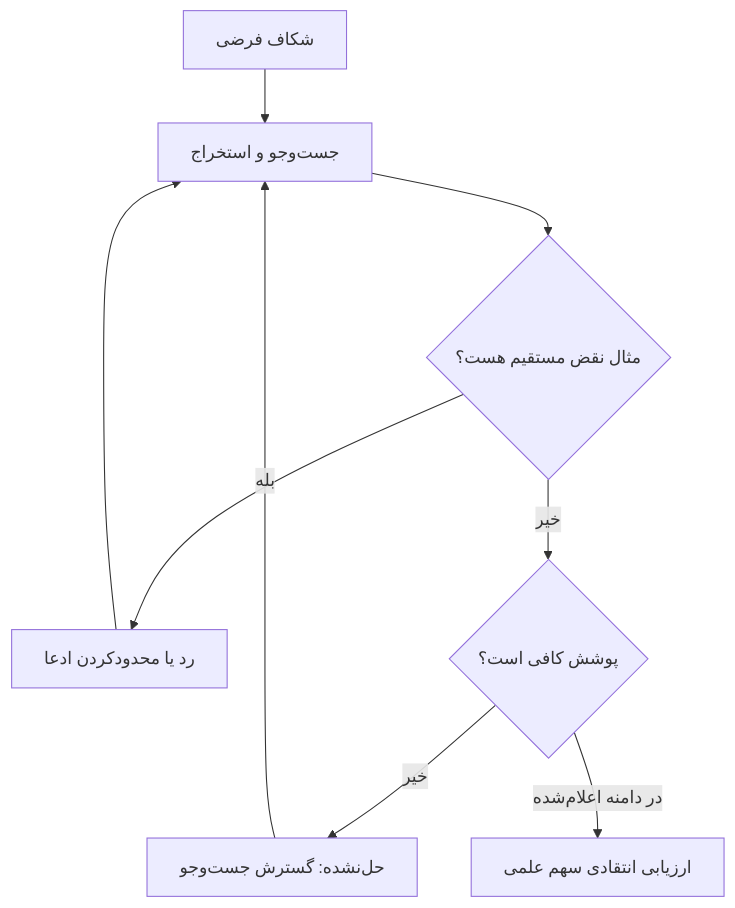
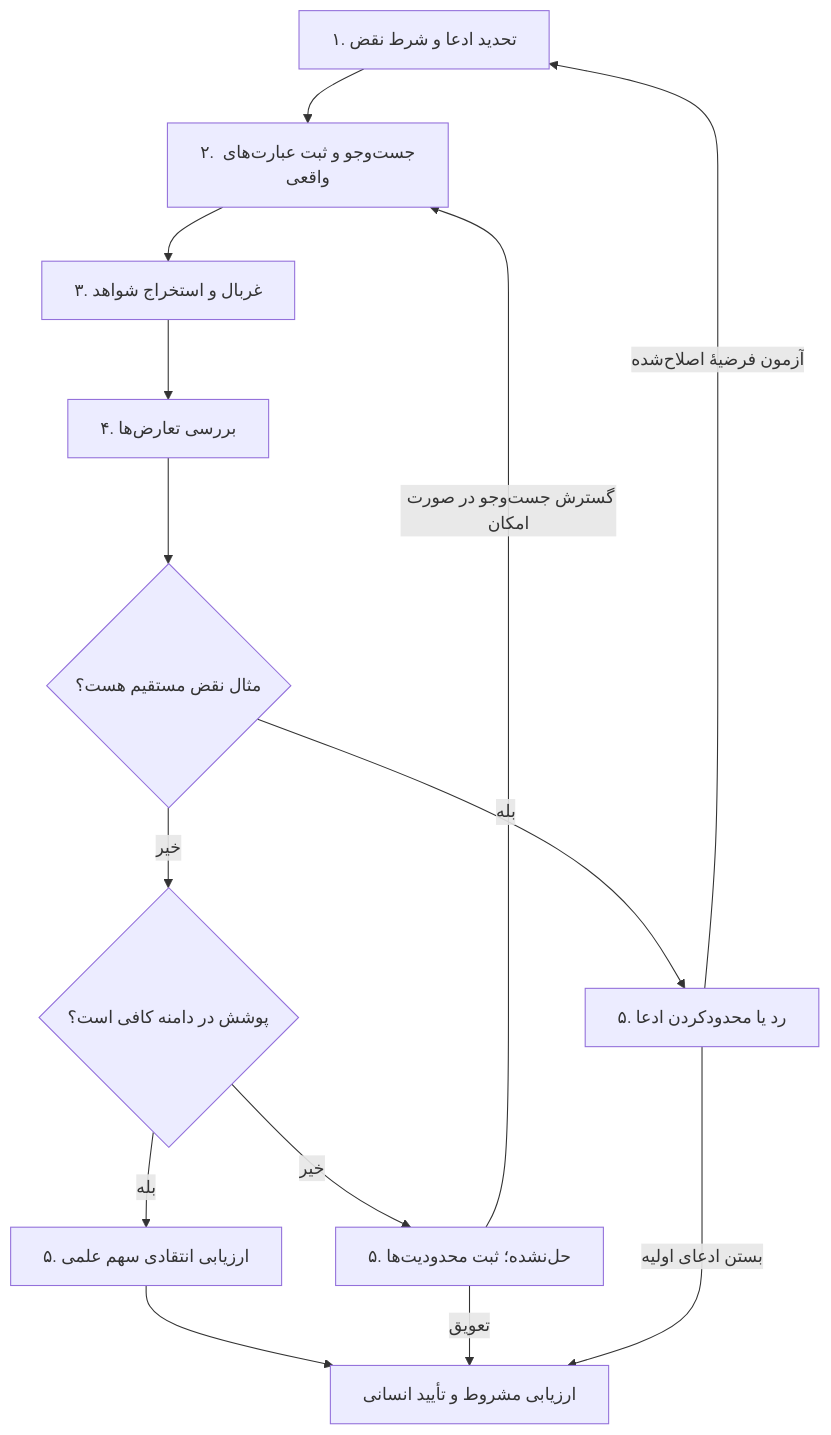
One commit to hamidtech/Advanced-AI-Prompting-Guidelines-For-Research changed the diagram in catalog/workflows/gap-verification.fa.md. Above: the diagram before and after it, drawn with Mermaid. The commit also changed other lines of this file and 10 other files, not shown here.

First line of the commit message:
Add bilingual Mermaid stage and decision maps to all research workflows

````diff
--- a/catalog/workflows/gap-verification.fa.md
+++ b/catalog/workflows/gap-verification.fa.md
@@ -19,11 +19,16 @@
 ```mermaid
 flowchart TD
-    A["شکاف فرضی"] --> B["جست‌وجو و استخراج"]
-    B --> C{"مثال نقض مستقیم هست؟"}
-    C -->|بله| D["رد یا محدودکردن ادعا"]
-    C -->|خیر| E{"پوشش کافی است؟"}
-    E -->|خیر| F["حل‌نشده: گسترش جست‌وجو"]
-    E -->|در دامنه اعلام‌شده| G["ارزیابی انتقادی سهم علمی"]
-    D --> B
-    F --> B
+    A["۱. تحدید ادعا و شرط نقض"] --> B["۲. جست‌وجو و ثبت عبارت‌های واقعی"]
+    B --> C["۳. غربال و استخراج شواهد"]
+    C --> D["۴. بررسی تعارض‌ها"]
+    D --> E{"مثال نقض مستقیم هست؟"}
+    E -->|بله| F["۵. رد یا محدودکردن ادعا"]
+    F -->|آزمون فرضیهٔ اصلاح‌شده| A
+    E -->|خیر| G{"پوشش در دامنه کافی است؟"}
+    G -->|خیر| H["۵. حل‌نشده؛ ثبت محدودیت‌ها"]
+    H -->|گسترش جست‌وجو در صورت امکان| B
+    G -->|بله| I["۵. ارزیابی انتقادی سهم علمی"]
+    I --> J["ارزیابی مشروط و تأیید انسانی"]
+    H -->|تعویق| J
+    F -->|بستن ادعای اولیه| J
 ```
````
